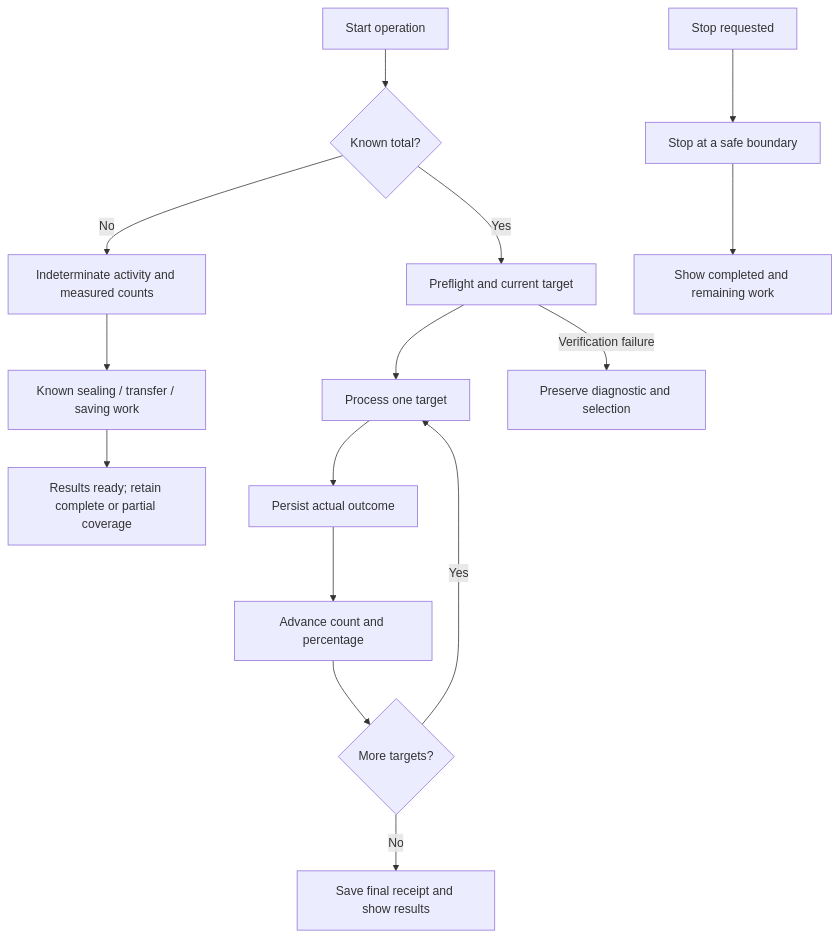
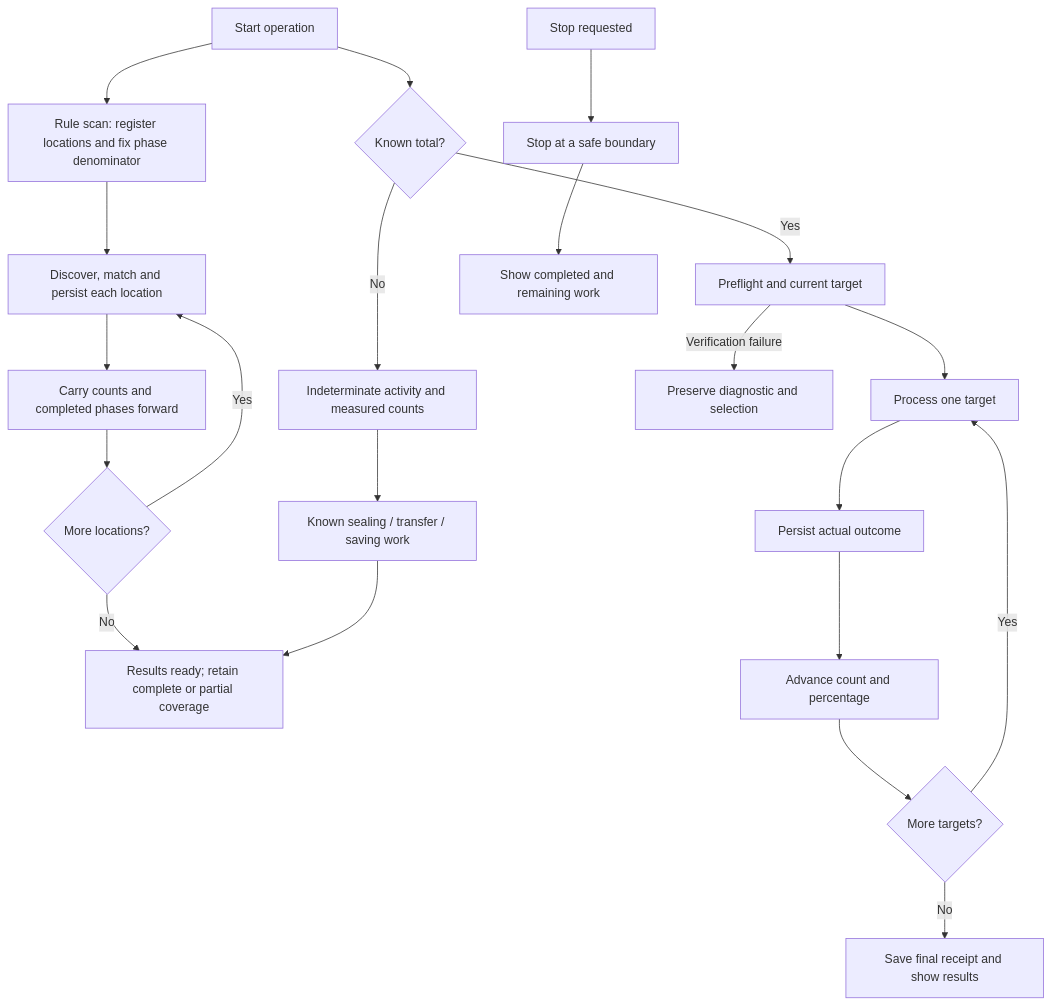
One commit to limecloud/shou changed the second of 4 diagrams in docs/product/operation-progress.md. Above: the diagram before and after it, drawn with Mermaid. The commit also changed other lines of this file and 50 other files, not shown here.

Commit message:
Release v0.8.0 with compact desktop layouts and cumulative scan progress

````diff
--- a/docs/product/operation-progress.md
+++ b/docs/product/operation-progress.md
@@ -48,17 +52,23 @@
 ```mermaid
 flowchart TD
   Start[Start operation] --> Known{Known total?}
+  Start --> Register[Rule scan: register locations and fix phase denominator]
+  Register --> ScanLocation[Discover, match and persist each location]
+  ScanLocation --> Cumulative[Carry counts and completed phases forward]
+  Cumulative --> NextLocation{More locations?}
+  NextLocation -->|Yes| ScanLocation
+  NextLocation -->|No| Ready
   Known -->|No| Discover[Indeterminate activity and measured counts]
   Discover --> Stage[Known sealing / transfer / saving work]
   Stage --> Ready[Results ready; retain complete or partial coverage]
   Known -->|Yes| Check[Preflight and current target]
   Check --> Work[Process one target]
   Work --> Save[Persist actual outcome]
   Save --> Count[Advance count and percentage]
   Count --> More{More targets?}
   More -->|Yes| Work
   More -->|No| Finish[Save final receipt and show results]
   Stop[Stop requested] --> Boundary[Stop at a safe boundary]
   Boundary --> Partial[Show completed and remaining work]
   Check -->|Verification failure| Error[Preserve diagnostic and selection]
 ```
````
